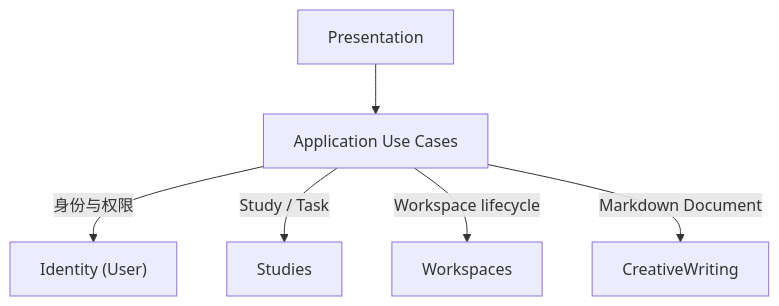
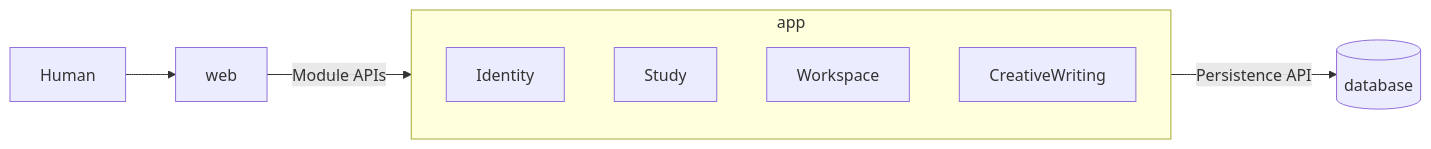
Before and after one commit to qrhuang2021/qrhuang2021.github.io: the third of 3 diagrams in src/content/blog/web-based-user-study-system-code-architecture.md, drawn with Mermaid. The commit also changed other lines of this file, not shown here.

Commit message:
refactor: refine user study architecture design

````diff
--- a/src/content/blog/web-based-user-study-system-code-architecture.md
+++ b/src/content/blog/web-based-user-study-system-code-architecture.md
@@ -106,8 +140,14 @@
 ```mermaid
-flowchart TB
-    presentation["Presentation"] --> application["Application Use Cases"]
-    application -->|"身份与权限"| identity["Identity (User)"]
-    application -->|"Study / Task"| studies["Studies"]
-    application -->|"Workspace lifecycle"| workspaces["Workspaces"]
-    application -->|"Markdown Document"| creativeWriting["CreativeWriting"]
+flowchart LR
+    subgraph appLayer["app"]
+        direction TB
+        identity["Identity"]
+        study["Study"]
+        workspace["Workspace"]
+        creativeWriting["CreativeWriting"]
+    end
+
+    human["Human"] --> web["web"]
+    web -->|"Module APIs"| appLayer
+    appLayer -->|"Persistence API"| database[("database")]
 ```
````
